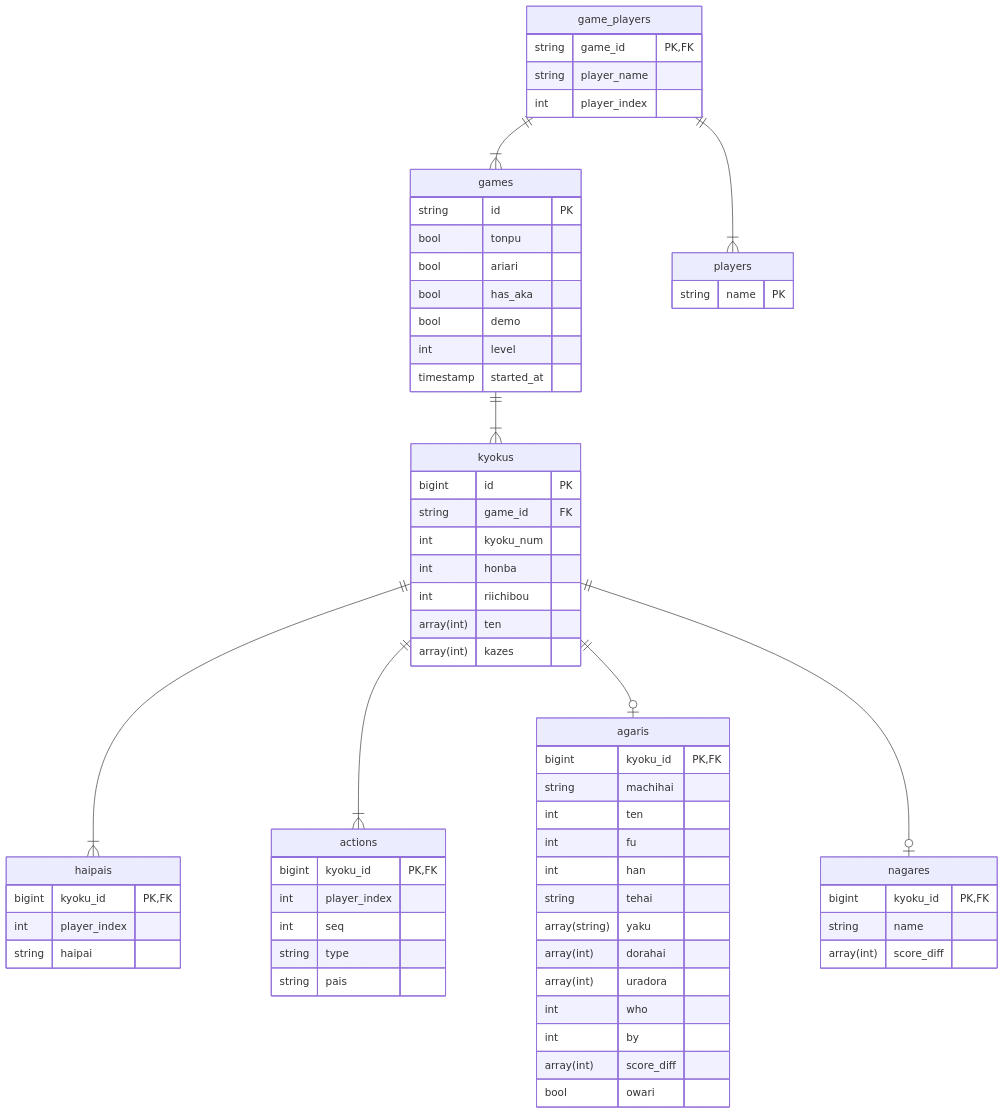
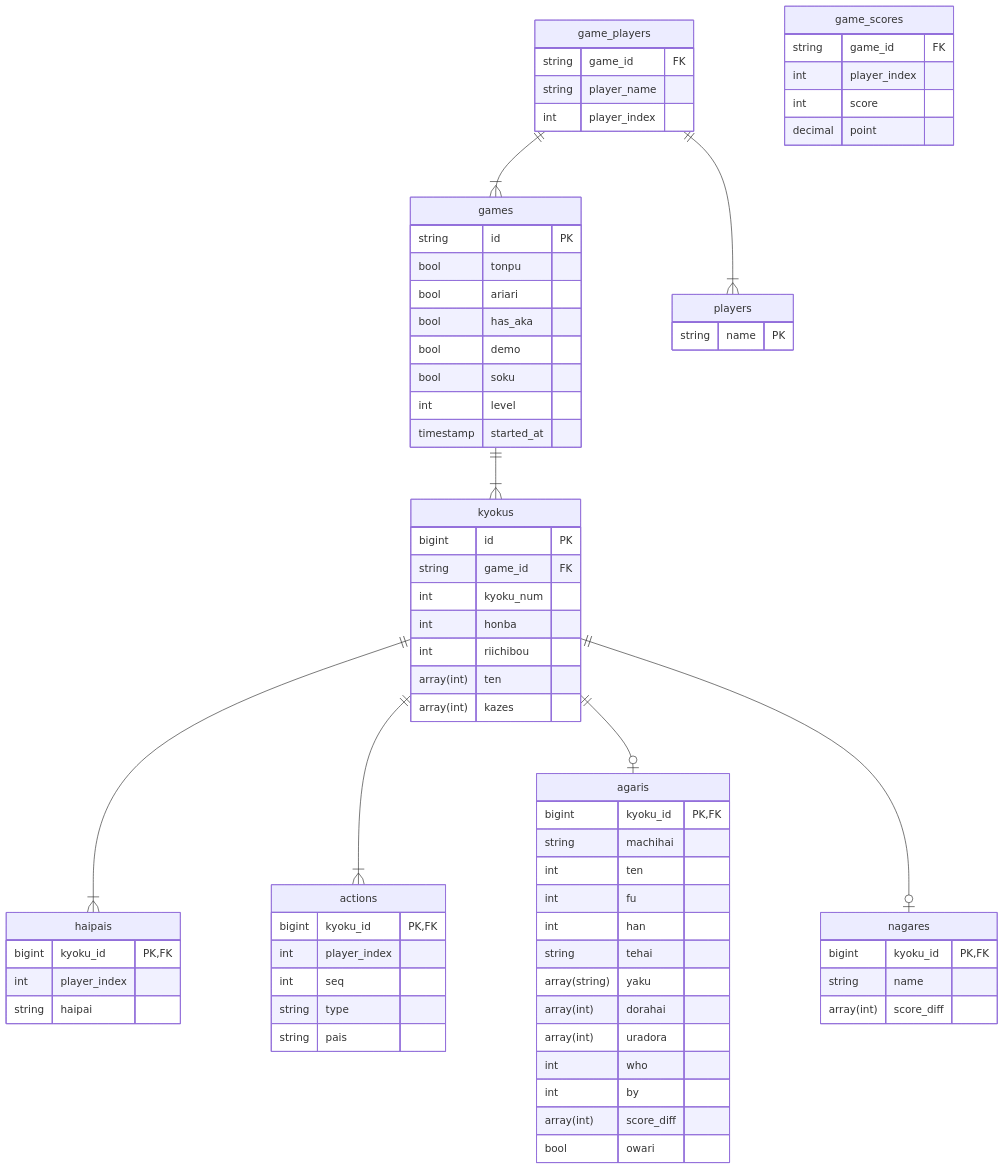
The diagram in er/mahjong.md (kackyt/mahjong-etl), drawn with Mermaid before and after one commit. The commit also changed 1 other file, not shown here.

Commit message:
feat: ゲームごとのスコア情報を記録

````diff
--- a/er/mahjong.md
+++ b/er/mahjong.md
@@ -1,74 +1,82 @@
 ```mermaid
 erDiagram
   game_players ||--|{ games : ""
   game_players ||--|{ players : ""
   games ||--|{ kyokus : ""
   kyokus ||--|{ haipais : ""
   kyokus ||--|{ actions : ""
   kyokus ||--o| agaris : ""
   kyokus ||--o| nagares : ""
 
   players {
     string name PK
   }
   kyokus {
     bigint id PK
     string game_id FK
     int kyoku_num
     int honba
     int riichibou
     array(int) ten
     array(int) kazes
   }
 
   haipais {
     bigint kyoku_id PK,FK
     int player_index
     string haipai
   }
 
   actions {
     bigint kyoku_id PK,FK
     int player_index
     int seq
     string type
     string pais
   }
 
   agaris {
     bigint kyoku_id PK,FK
     string machihai
     int ten
     int fu
     int han
     string tehai
     array(string) yaku
     array(int) dorahai
     array(int) uradora
     int who
     int by
     array(int) score_diff
     bool owari
   }
 
   nagares {
     bigint kyoku_id PK,FK
     string name
     array(int) score_diff
   }
 
+  game_scores {
+    string game_id FK
+    int player_index
+    int score
+    decimal point
+  }
+
   game_players {
-    string game_id PK, FK
+    string game_id FK
     string player_name
     int player_index
   }
   games {
     string id PK
     bool tonpu
     bool ariari
     bool has_aka
     bool demo
+    bool soku
     int level
     timestamp started_at
   }
 ```
````
